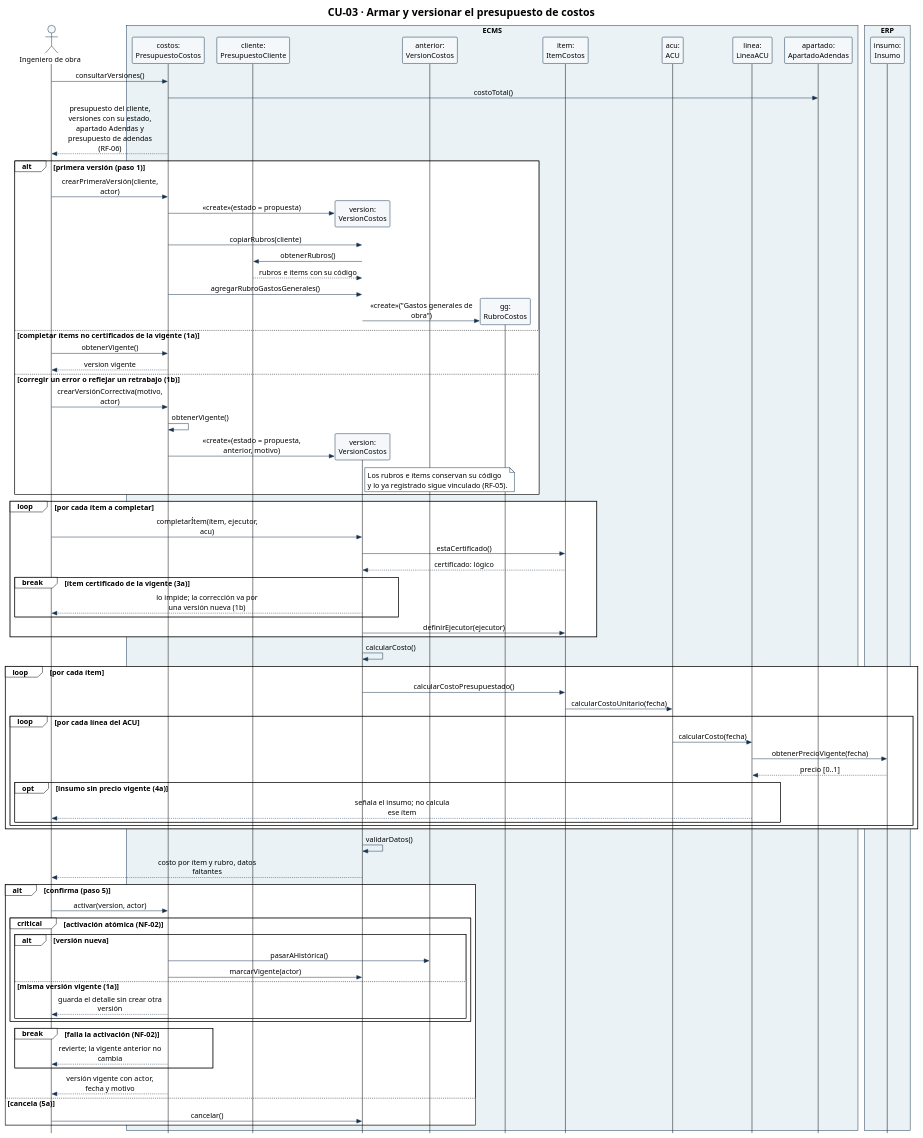
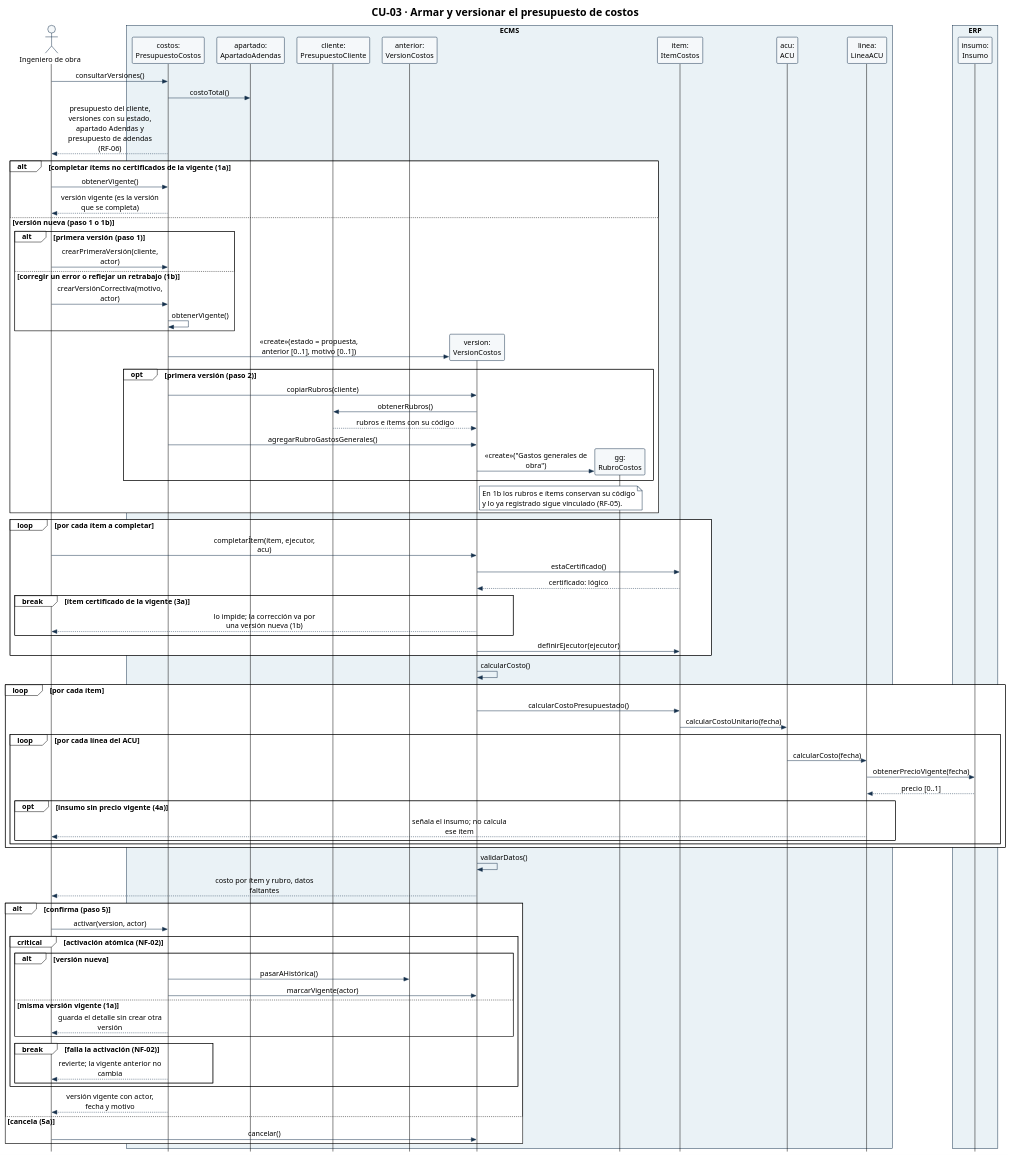
One commit to Ssrrb/tpf-uca changed the diagram in diagramas/CU-03-secuencia.puml. Above: the diagram before and after it, drawn with PlantUML. The commit also changed 11 other files, not shown here.

```diff
--- a/diagramas/CU-03-secuencia.puml
+++ b/diagramas/CU-03-secuencia.puml
@@ -1,110 +1,112 @@
 @startuml
 !theme plain
 skinparam style strictuml
 skinparam shadowing false
 skinparam defaultFontName Arial
 skinparam defaultFontSize 15
 skinparam sequenceMessageAlign center
 skinparam maxMessageSize 220
 skinparam ParticipantPadding 8
 skinparam BoxPadding 6
 skinparam ParticipantBackgroundColor #F5F8FA
 skinparam ParticipantBorderColor #17324D
 skinparam ActorBorderColor #17324D
 skinparam ActorBackgroundColor #F5F8FA
 skinparam ArrowColor #17324D
 skinparam SequenceBoxBorderColor #17324D
 skinparam note {
   BackgroundColor #FFFFFF
   BorderColor #17324D
 }
 hide footbox
 title CU-03 · Armar y versionar el presupuesto de costos
 actor "Ingeniero de obra" as Ing
 box "ECMS" #EAF2F6
 participant "costos:\nPresupuestoCostos" as PC
+participant "apartado:\nApartadoAdendas" as Apa
 participant "cliente:\nPresupuestoCliente" as Cli
+participant "anterior:\nVersionCostos" as Ant
 participant "version:\nVersionCostos" as V
-participant "anterior:\nVersionCostos" as Ant
 participant "gg:\nRubroCostos" as GG
 participant "item:\nItemCostos" as Item
 participant "acu:\nACU" as Acu
 participant "linea:\nLineaACU" as Lin
-participant "apartado:\nApartadoAdendas" as Apa
 end box
 box "ERP" #EAF2F6
 participant "insumo:\nInsumo" as Ins
 end box
 
 Ing -> PC: consultarVersiones()
 PC -> Apa: costoTotal()
 PC --> Ing: presupuesto del cliente, versiones con su estado,\napartado Adendas y presupuesto de adendas (RF-06)
 
-alt primera versión (paso 1)
-  Ing -> PC: crearPrimeraVersión(cliente, actor)
+alt completar ítems no certificados de la vigente (1a)
+  Ing -> PC: obtenerVigente()
+  PC --> Ing: versión vigente (es la versión que se completa)
+else versión nueva (paso 1 o 1b)
+  alt primera versión (paso 1)
+    Ing -> PC: crearPrimeraVersión(cliente, actor)
+  else corregir un error o reflejar un retrabajo (1b)
+    Ing -> PC: crearVersiónCorrectiva(motivo, actor)
+    PC -> PC: obtenerVigente()
+  end
   create V
-  PC -> V: «create»(estado = propuesta)
-  PC -> V: copiarRubros(cliente)
-  V -> Cli: obtenerRubros()
-  Cli --> V: rubros e ítems con su código
-  PC -> V: agregarRubroGastosGenerales()
-  create GG
-  V -> GG: «create»("Gastos generales de obra")
-else completar ítems no certificados de la vigente (1a)
-  Ing -> PC: obtenerVigente()
-  PC --> Ing: version vigente
-else corregir un error o reflejar un retrabajo (1b)
-  Ing -> PC: crearVersiónCorrectiva(motivo, actor)
-  PC -> PC: obtenerVigente()
-  create V
-  PC -> V: «create»(estado = propuesta, anterior, motivo)
+  PC -> V: «create»(estado = propuesta, anterior [0..1], motivo [0..1])
+  opt primera versión (paso 2)
+    PC -> V: copiarRubros(cliente)
+    V -> Cli: obtenerRubros()
+    Cli --> V: rubros e ítems con su código
+    PC -> V: agregarRubroGastosGenerales()
+    create GG
+    V -> GG: «create»("Gastos generales de obra")
+  end
   note right of V
-    Los rubros e ítems conservan su código
+    En 1b los rubros e ítems conservan su código
     y lo ya registrado sigue vinculado (RF-05).
   end note
 end
 
 loop por cada ítem a completar
   Ing -> V: completarÍtem(ítem, ejecutor, acu)
   V -> Item: estaCertificado()
   Item --> V: certificado: lógico
   break ítem certificado de la vigente (3a)
     V --> Ing: lo impide; la corrección va por una versión nueva (1b)
   end
   V -> Item: definirEjecutor(ejecutor)
 end
 
 V -> V: calcularCosto()
 loop por cada ítem
   V -> Item: calcularCostoPresupuestado()
   Item -> Acu: calcularCostoUnitario(fecha)
   loop por cada línea del ACU
     Acu -> Lin: calcularCosto(fecha)
     Lin -> Ins: obtenerPrecioVigente(fecha)
     Ins --> Lin: precio [0..1]
     opt insumo sin precio vigente (4a)
       Lin --> Ing: señala el insumo; no calcula ese ítem
     end
   end
 end
 V -> V: validarDatos()
 V --> Ing: costo por ítem y rubro, datos faltantes
 
 alt confirma (paso 5)
   Ing -> PC: activar(version, actor)
   critical activación atómica (NF-02)
     alt versión nueva
       PC -> Ant: pasarAHistórica()
       PC -> V: marcarVigente(actor)
     else misma versión vigente (1a)
       PC --> Ing: guarda el detalle sin crear otra versión
     end
-  end
-  break falla la activación (NF-02)
-    PC --> Ing: revierte; la vigente anterior no cambia
+    break falla la activación (NF-02)
+      PC --> Ing: revierte; la vigente anterior no cambia
+    end
   end
   PC --> Ing: versión vigente con actor, fecha y motivo
 else cancela (5a)
   Ing -> V: cancelar()
 end
 @enduml
```
